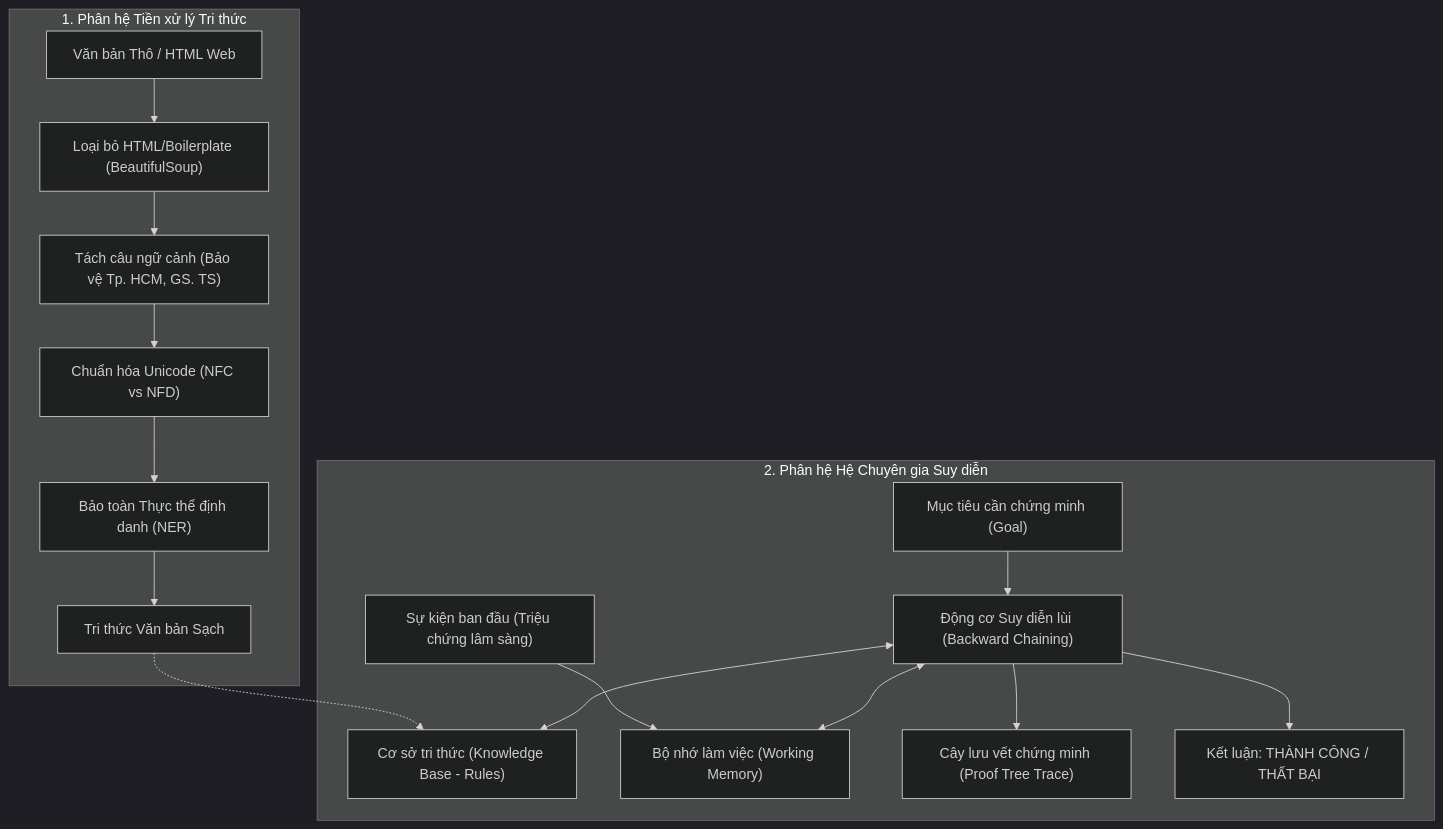
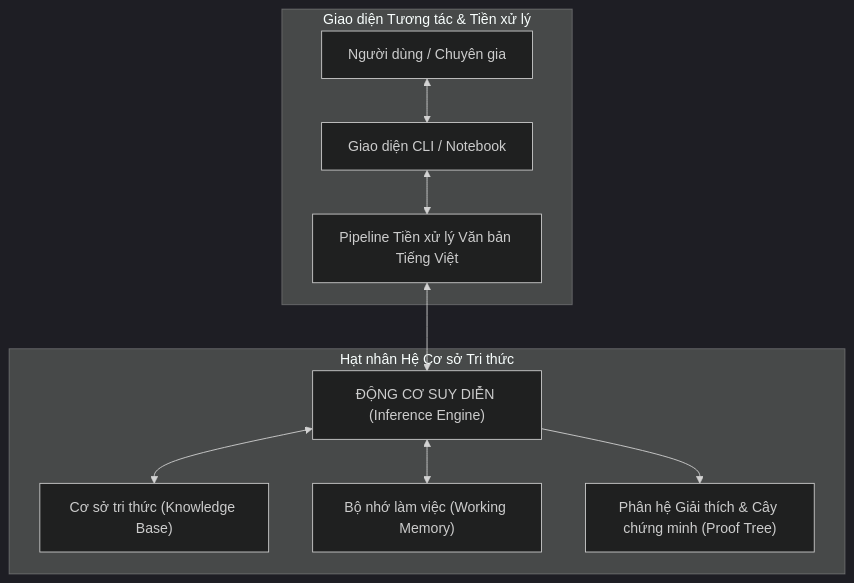
One commit to Lamdt198/delightful-mendeleev changed the first of 2 diagrams in BAO_CAO_HE_CO_SO_TRI_THUC.md. Above: the diagram before and after it, drawn with Mermaid (dark theme). The commit also changed other lines of this file and 9 other files, not shown here.

````diff
--- a/BAO_CAO_HE_CO_SO_TRI_THUC.md
+++ b/BAO_CAO_HE_CO_SO_TRI_THUC.md
@@ -105,20 +196,14 @@
 ```mermaid
 flowchart TD
-    subgraph KnowledgeAcquisition["1. Phân hệ Tiền xử lý Tri thức"]
-        RawHTML["Văn bản Thô / HTML Web"] --> BS4Cleaner["Loại bỏ HTML/Boilerplate (BeautifulSoup)"]
-        BS4Cleaner --> Tokenizer["Tách câu ngữ cảnh (Bảo vệ Tp. HCM, GS. TS)"]
-        Tokenizer --> Normalizer["Chuẩn hóa Unicode (NFC vs NFD)"]
-        Normalizer --> NER["Bảo toàn Thực thể định danh (NER)"]
-        NER --> CleanKnowledge["Tri thức Văn bản Sạch"]
+    subgraph UI_Layer["Giao diện Tương tác & Tiền xử lý"]
+        User["Người dùng / Chuyên gia"] <--> CLI["Giao diện CLI / Notebook"]
+        CLI <--> NLP["Pipeline Tiền xử lý Văn bản Tiếng Việt"]
     end
 
-    subgraph InferenceSystem["2. Phân hệ Hệ Chuyên gia Suy diễn"]
-        CleanKnowledge -.-> KB["Cơ sở tri thức (Knowledge Base - Rules)"]
-        InitialFacts["Sự kiện ban đầu (Triệu chứng lâm sàng)"] --> WM["Bộ nhớ làm việc (Working Memory)"]
-        Goal["Mục tiêu cần chứng minh (Goal)"] --> Engine["Động cơ Suy diễn lùi (Backward Chaining)"]
-        Engine <--> KB
-        Engine <--> WM
-        Engine --> ProofTrace["Cây lưu vết chứng minh (Proof Tree Trace)"]
-        Engine --> FinalResult["Kết luận: THÀNH CÔNG / THẤT BẠI"]
+    subgraph Core_KBS["Hạt nhân Hệ Cơ sở Tri thức"]
+        NLP <--> Engine["ĐỘNG CƠ SUY DIỄN (Inference Engine)"]
+        Engine <--> KB["Cơ sở tri thức (Knowledge Base)"]
+        Engine <--> WM["Bộ nhớ làm việc (Working Memory)"]
+        Engine --> Trace["Phân hệ Giải thích & Cây chứng minh (Proof Tree)"]
     end
 ```
````
